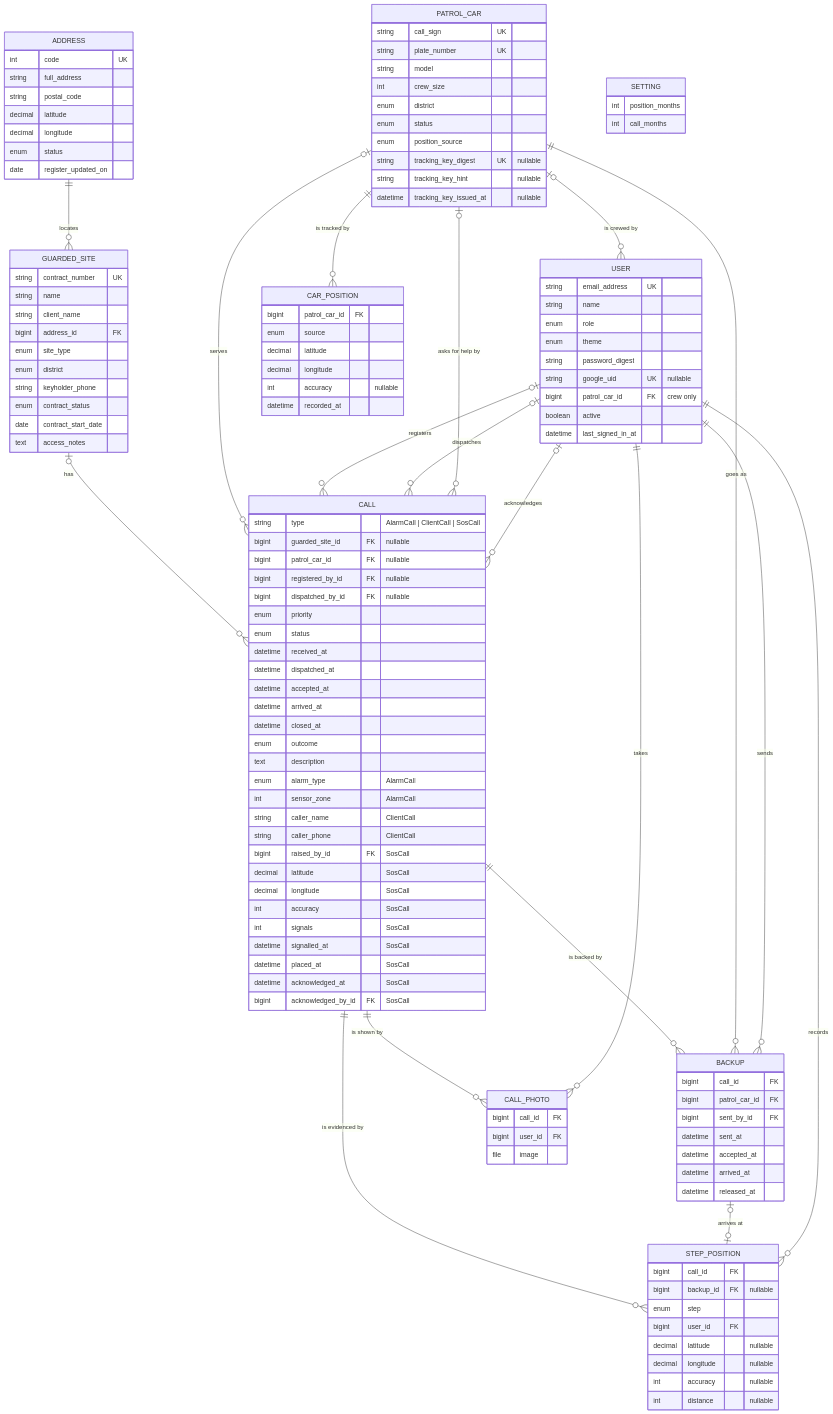
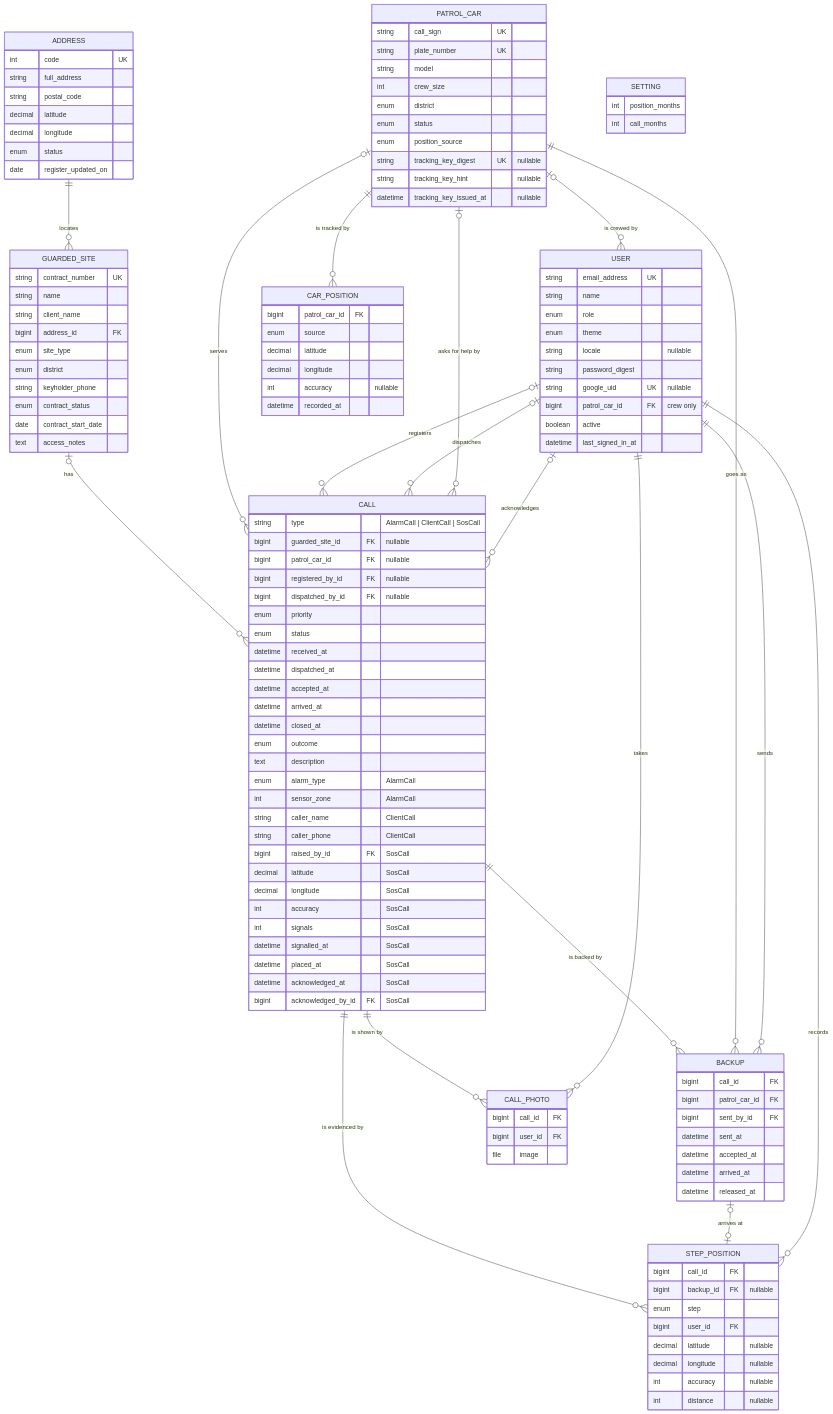
The first of 2 diagrams in SPECIFICATION.md (jromanovs/patrol-call-system), drawn with Mermaid before and after one commit. The commit also changed other lines of this file, not shown here.

```diff
--- a/SPECIFICATION.md
+++ b/SPECIFICATION.md
@@ -325,6 +326,7 @@
         string name
         enum role
         enum theme
+        string locale "nullable"
         string password_digest
         string google_uid UK "nullable"
         bigint patrol_car_id FK "crew only"
```
